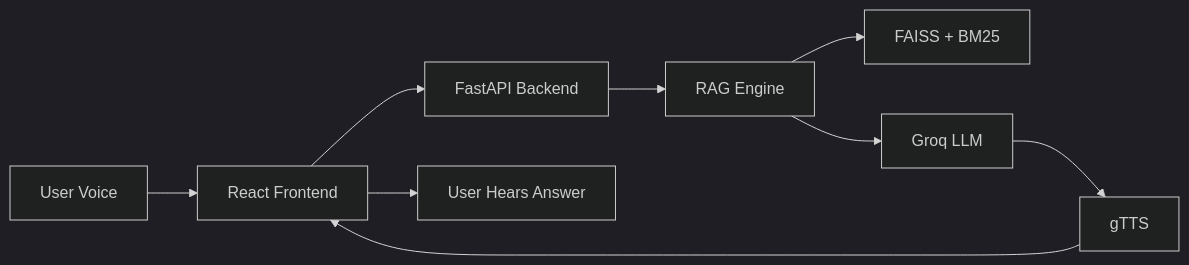
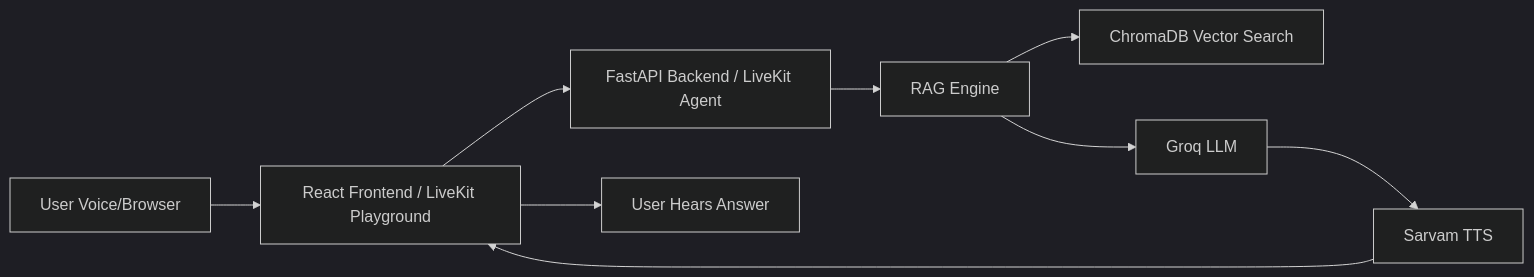
The diagram in README.md (Mrityunjoy240/21-06-26-college-agent), drawn with Mermaid (dark theme) before and after one commit. The commit also changed other lines of this file and 31 other files, not shown here.

````diff
--- a/README.md
+++ b/README.md
@@ -112,11 +110,11 @@
 ```mermaid
 graph LR
-    A[User Voice] --> B[React Frontend]
-    B --> C[FastAPI Backend]
+    A[User Voice/Browser] --> B[React Frontend / LiveKit Playground]
+    B --> C[FastAPI Backend / LiveKit Agent]
     C --> D[RAG Engine]
-    D --> E[FAISS + BM25]
+    D --> E[ChromaDB Vector Search]
     D --> F[Groq LLM]
-    F --> G[gTTS]
+    F --> G[Sarvam TTS]
     G --> B
     B --> H[User Hears Answer]
 ```
````
